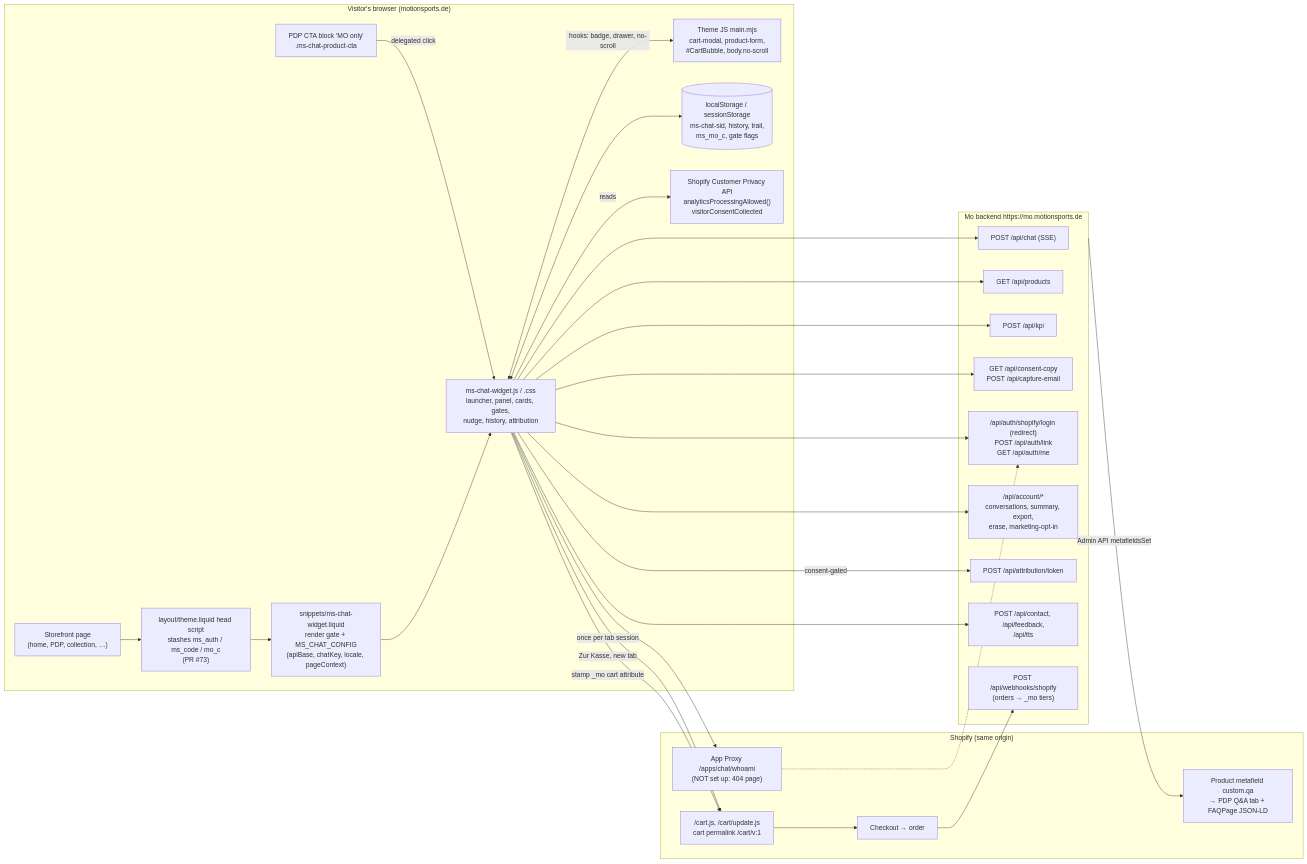
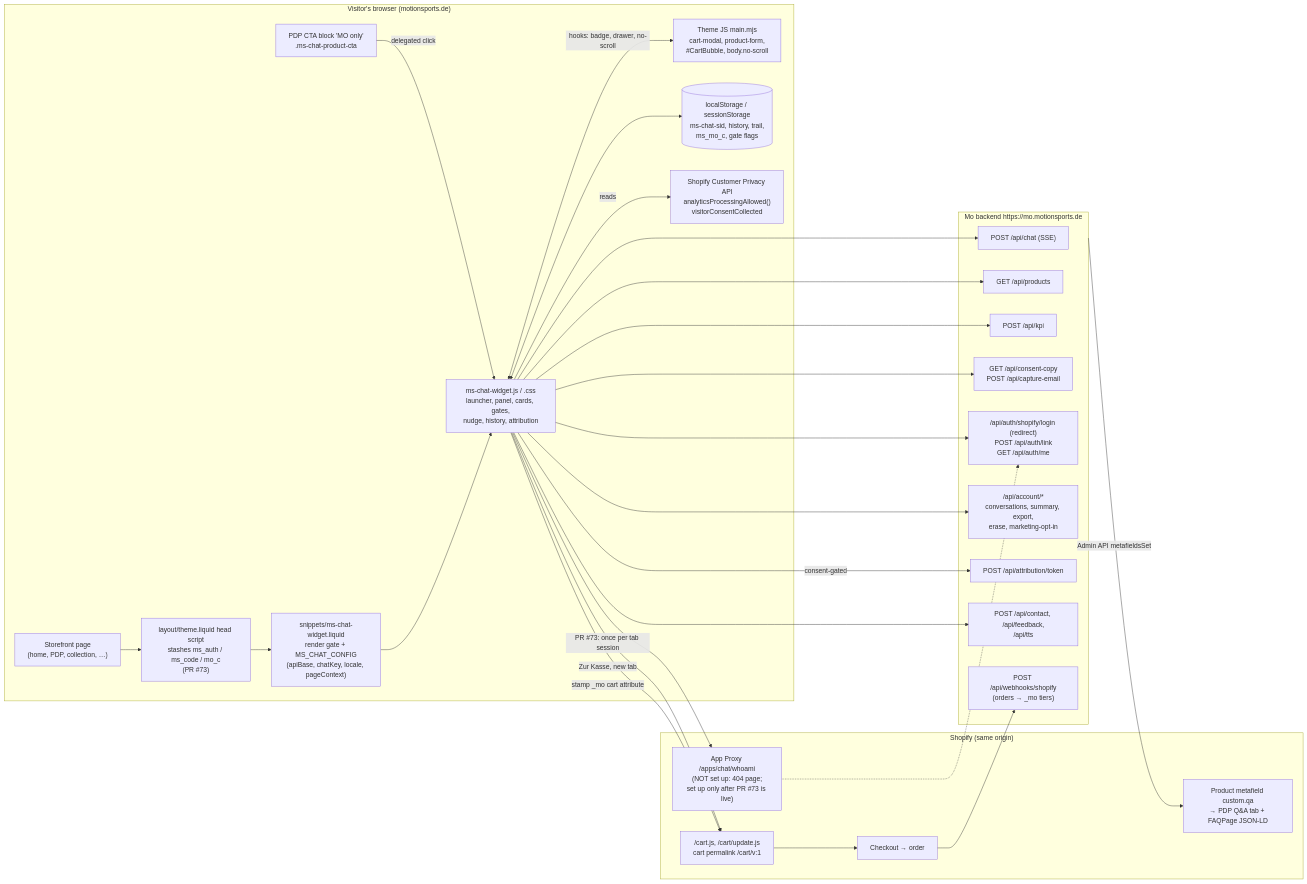
One commit to MarcelKueck/ms_shopify_clone changed the diagram in docs/frontend/README.md. Above: the diagram before and after it, drawn with Mermaid. The commit also changed other lines of this file and 7 other files, not shown here.

````diff
--- a/docs/frontend/README.md
+++ b/docs/frontend/README.md
@@ -92,45 +92,45 @@
 ```mermaid
 flowchart LR
   subgraph Browser["Visitor's browser (motionsports.de)"]
     Page["Storefront page<br/>(home, PDP, collection, …)"]
     Head["layout/theme.liquid head script<br/>stashes ms_auth / ms_code / mo_c<br/>(PR #73)"]
     Snip["snippets/ms-chat-widget.liquid<br/>render gate + MS_CHAT_CONFIG<br/>(apiBase, chatKey, locale, pageContext)"]
     W["ms-chat-widget.js / .css<br/>launcher, panel, cards, gates,<br/>nudge, history, attribution"]
     CTA["PDP CTA block 'MO only'<br/>.ms-chat-product-cta"]
     Theme["Theme JS main.mjs<br/>cart-modal, product-form,<br/>#CartBubble, body.no-scroll"]
     Store[("localStorage / sessionStorage<br/>ms-chat-sid, history, trail,<br/>ms_mo_c, gate flags")]
     CP["Shopify Customer Privacy API<br/>analyticsProcessingAllowed()<br/>visitorConsentCollected"]
   end
 
   subgraph Backend["Mo backend https://mo.motionsports.de"]
     Chat["POST /api/chat (SSE)"]
     Prod["GET /api/products"]
     KPI["POST /api/kpi"]
     Consent["GET /api/consent-copy<br/>POST /api/capture-email"]
     Auth["/api/auth/shopify/login (redirect)<br/>POST /api/auth/link<br/>GET /api/auth/me"]
     Acct["/api/account/*<br/>conversations, summary, export,<br/>erase, marketing-opt-in"]
     Attr["POST /api/attribution/token"]
     Misc["POST /api/contact, /api/feedback,<br/>/api/tts"]
     WH["POST /api/webhooks/shopify<br/>(orders → _mo tiers)"]
   end
 
   subgraph Shopify["Shopify (same origin)"]
     Cart["/cart.js, /cart/update.js<br/>cart permalink /cart/v:1"]
-    Proxy["App Proxy /apps/chat/whoami<br/>(NOT set up: 404 page)"]
+    Proxy["App Proxy /apps/chat/whoami<br/>(NOT set up: 404 page;<br/>set up only after PR #73 is live)"]
     Checkout["Checkout → order"]
     Meta["Product metafield custom.qa<br/>→ PDP Q&A tab + FAQPage JSON-LD"]
   end
 
   Page --> Head --> Snip --> W
   CTA -->|delegated click| W
   W <--> Store
   W -->|reads| CP
   W <-->|"hooks: badge, drawer, no-scroll"| Theme
   W --> Chat & Prod & KPI & Consent & Auth & Acct & Misc
   W -->|consent-gated| Attr
   W -->|"stamp _mo cart attribute"| Cart
   W -->|"Zur Kasse, new tab"| Cart
-  W -->|once per tab session| Proxy -.-> Auth
+  W -->|"PR #73: once per tab session"| Proxy -.-> Auth
   Cart --> Checkout --> WH
   Backend -->|"Admin API metafieldsSet"| Meta
 ```
````
